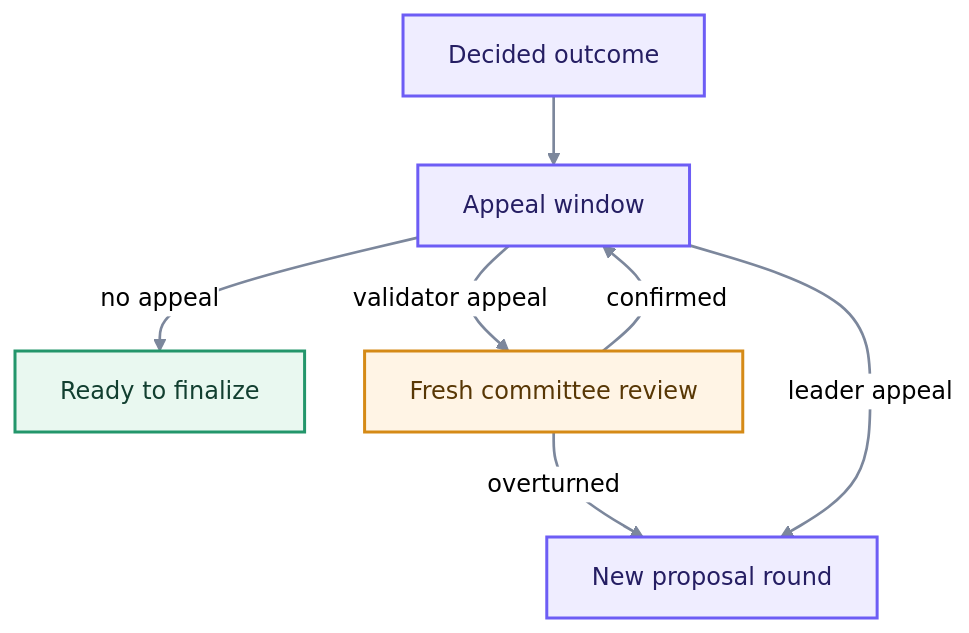
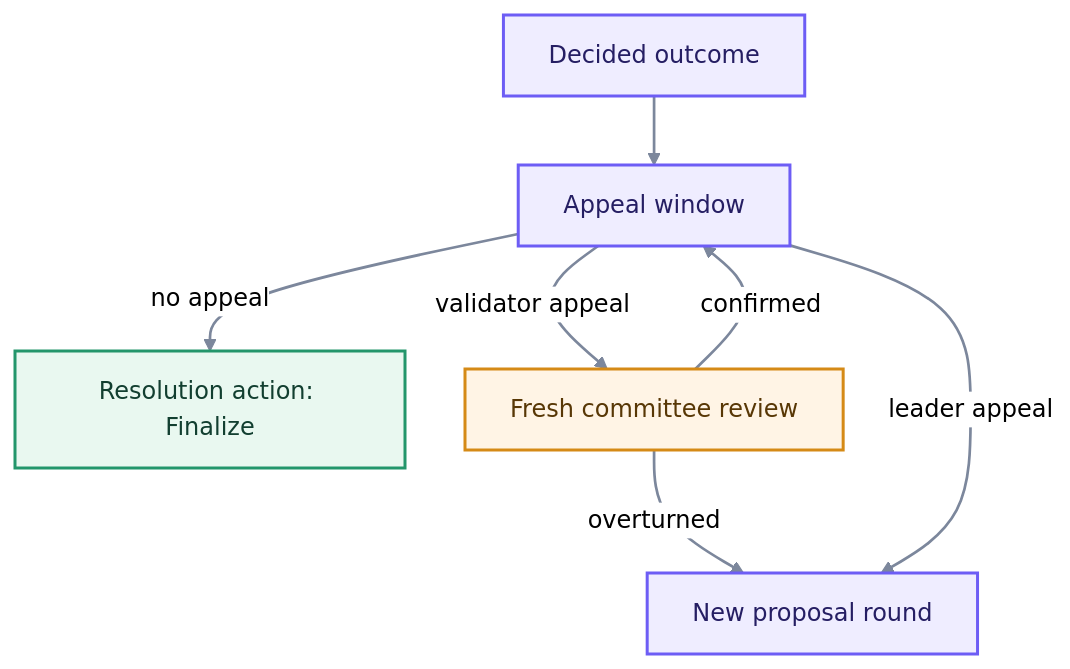
One commit to genlayerlabs/genlayer-docs changed the second of 2 diagrams in pages/understand-genlayer-protocol/core-concepts/transactions/transaction-execution.mdx. Above: the diagram before and after it, drawn with Mermaid (neutral theme). The commit also changed other lines of this file and 53 other files, not shown here.

````diff
--- a/pages/understand-genlayer-protocol/core-concepts/transactions/transaction-execution.mdx
+++ b/pages/understand-genlayer-protocol/core-concepts/transactions/transaction-execution.mdx
@@ -49,18 +49,18 @@
 ```mermaid
 %%{init: {"flowchart": {"curve": "basis", "nodeSpacing": 40, "rankSpacing": 46, "htmlLabels": true}}}%%
 flowchart TB
     Decision["Decided outcome"] --> Window["Appeal window"]
-    Window -->|"no appeal"| Ready["Ready to finalize"]
+    Window -->|"no appeal"| Ready["Resolution action: Finalize"]
     Window -->|"validator appeal"| Review["Fresh committee review"]
     Review -->|"confirmed"| Window
     Review -->|"overturned"| Round["New proposal round"]
     Window -->|"leader appeal"| Round
 
     classDef phase fill:#EFEDFF,stroke:#6D5DF5,color:#251E63,stroke-width:2px;
     classDef challenge fill:#FFF4E5,stroke:#D58A16,color:#583705,stroke-width:2px;
     classDef success fill:#E9F8F0,stroke:#23966B,color:#123F30,stroke-width:2px;
     class Decision,Window,Round phase;
     class Review challenge;
     class Ready success;
     linkStyle default stroke:#7C879C,stroke-width:1.8px;
 ```
````
